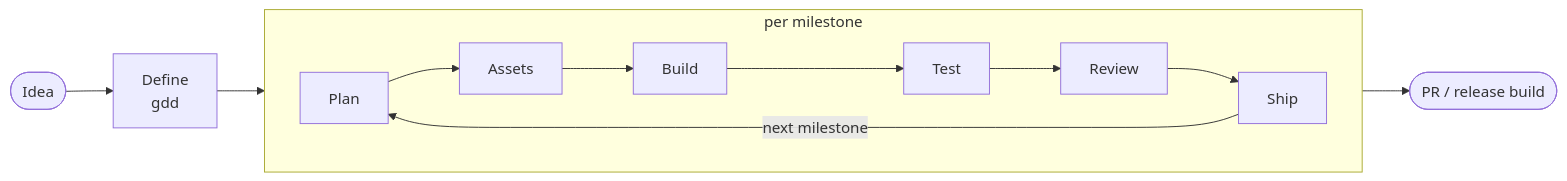
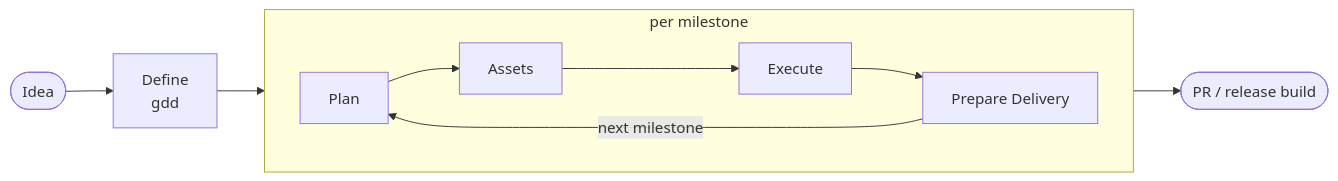
The diagram in README.md (ilezhnin/gamedev-ai-agents), drawn with Mermaid before and after one commit. The commit also changed other lines of this file and 106 other files, not shown here.

````diff
--- a/README.md
+++ b/README.md
@@ -65,11 +65,11 @@
 ```mermaid
 flowchart LR
     IDEA([Idea]) --> D
     subgraph loop [per milestone]
         direction LR
-        P[Plan] --> A[Assets] --> B[Build] --> T[Test] --> R[Review] --> S[Ship]
+        P[Plan] --> A[Assets] --> E[Execute] --> S[Prepare Delivery]
     end
     D[Define<br/>gdd] --> P
     S -->|next milestone| P
     S --> PR([PR / release build])
 ```
````
